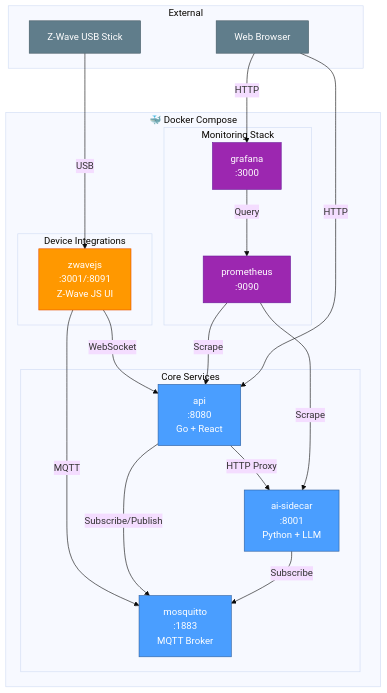
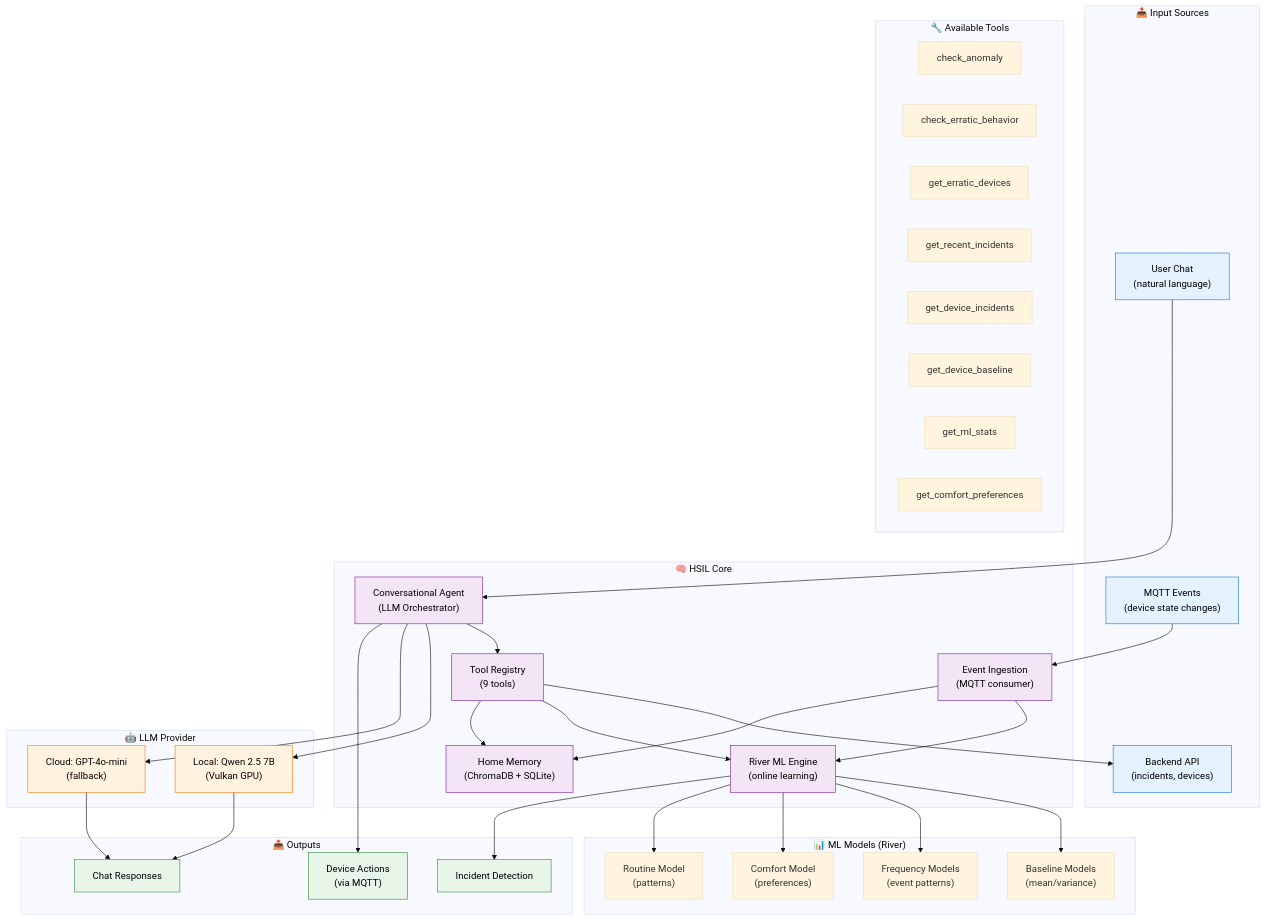
One commit to jbetancur/homesight changed the second of 3 diagrams in README.md. Above: the diagram before and after it, drawn with Mermaid (base theme). The commit also changed other lines of this file and 12 other files, not shown here.

````diff
--- a/README.md
+++ b/README.md
@@ -243,47 +280,78 @@
 ```mermaid
 graph TB
-    subgraph Docker["🐳 Docker Compose"]
-        subgraph Core["Core Services"]
-            MOSQUITTO["mosquitto<br/>:1883<br/>MQTT Broker"]
-            API["api<br/>:8080<br/>Go + React"]
-            AI["ai-sidecar<br/>:8001<br/>Python + LLM"]
-        end
-        
-        subgraph Integrations["Device Integrations"]
-            ZWAVEJS["zwavejs<br/>:3001/:8091<br/>Z-Wave JS UI"]
-        end
-        
-        subgraph Monitoring["Monitoring Stack"]
-            PROM["prometheus<br/>:9090"]
-            GRAF["grafana<br/>:3000"]
-        end
+    subgraph Inputs["📥 Input Sources"]
+        MQTT_IN["MQTT Events<br/>(device state changes)"]
+        CHAT_IN["User Chat<br/>(natural language)"]
+        API_IN["Backend API<br/>(incidents, devices)"]
     end
 
-    subgraph External["External"]
-        ZSTICK["Z-Wave USB Stick"]
-        BROWSER["Web Browser"]
+    subgraph HSIL["🧠 HSIL Core"]
+        CONV["Conversational Agent<br/>(LLM Orchestrator)"]
+        TOOLS["Tool Registry<br/>(9 tools)"]
+        LEARNING["River ML Engine<br/>(online learning)"]
+        MEMORY["Home Memory<br/>(ChromaDB + SQLite)"]
+        EVENTS["Event Ingestion<br/>(MQTT consumer)"]
     end
 
-    %% Connections
-    ZSTICK -->|USB| ZWAVEJS
-    ZWAVEJS -->|WebSocket| API
-    ZWAVEJS -->|MQTT| MOSQUITTO
-    API -->|Subscribe/Publish| MOSQUITTO
-    AI -->|Subscribe| MOSQUITTO
-    API -->|HTTP Proxy| AI
-    PROM -->|Scrape| API
-    PROM -->|Scrape| AI
-    GRAF -->|Query| PROM
-    BROWSER -->|HTTP| API
-    BROWSER -->|HTTP| GRAF
+    subgraph LLM["🤖 LLM Provider"]
+        LOCAL["Local: Qwen 2.5 7B<br/>(Vulkan GPU)"]
+        CLOUD["Cloud: GPT-4o-mini<br/>(fallback)"]
+    end
 
-    classDef core fill:#4a9eff,stroke:#2d5f9f,color:#fff
-    classDef integration fill:#ff9800,stroke:#e65100,color:#fff
-    classDef monitoring fill:#9c27b0,stroke:#6a1b9a,color:#fff
-    classDef external fill:#607d8b,stroke:#455a64,color:#fff
+    subgraph Tools["🔧 Available Tools"]
+        T1["check_anomaly"]
+        T2["check_erratic_behavior"]
+        T3["get_erratic_devices"]
+        T4["get_recent_incidents"]
+        T5["get_device_incidents"]
+        T6["get_device_baseline"]
+        T7["get_ml_stats"]
+        T8["get_comfort_preferences"]
+    end
 
-    class MOSQUITTO,API,AI core
-    class ZWAVEJS integration
-    class PROM,GRAF monitoring
-    class ZSTICK,BROWSER external
+    subgraph ML["📊 ML Models (River)"]
+        BASELINE["Baseline Models<br/>(mean/variance)"]
+        FREQ["Frequency Models<br/>(event patterns)"]
+        COMFORT["Comfort Model<br/>(preferences)"]
+        ROUTINE["Routine Model<br/>(patterns)"]
+    end
+
+    subgraph Outputs["📤 Outputs"]
+        CHAT_OUT["Chat Responses"]
+        INCIDENTS["Incident Detection"]
+        ACTIONS["Device Actions<br/>(via MQTT)"]
+    end
+
+    MQTT_IN --> EVENTS
+    CHAT_IN --> CONV
+    EVENTS --> LEARNING
+    EVENTS --> MEMORY
+
+    CONV --> TOOLS
+    TOOLS --> API_IN
+    TOOLS --> LEARNING
+    TOOLS --> MEMORY
+
+    CONV --> LOCAL
+    CONV --> CLOUD
+
+    LEARNING --> BASELINE
+    LEARNING --> FREQ
+    LEARNING --> COMFORT
+    LEARNING --> ROUTINE
+
+    LOCAL --> CHAT_OUT
+    CLOUD --> CHAT_OUT
+    LEARNING --> INCIDENTS
+    CONV --> ACTIONS
+
+    classDef input fill:#e3f2fd,stroke:#1976d2,color:#000
+    classDef core fill:#f3e5f5,stroke:#7b1fa2,color:#000
+    classDef llm fill:#fff3e0,stroke:#f57c00,color:#000
+    classDef output fill:#e8f5e9,stroke:#388e3c,color:#000
+
+    class MQTT_IN,CHAT_IN,API_IN input
+    class CONV,TOOLS,LEARNING,MEMORY,EVENTS core
+    class LOCAL,CLOUD llm
+    class CHAT_OUT,INCIDENTS,ACTIONS output
 ```
````
